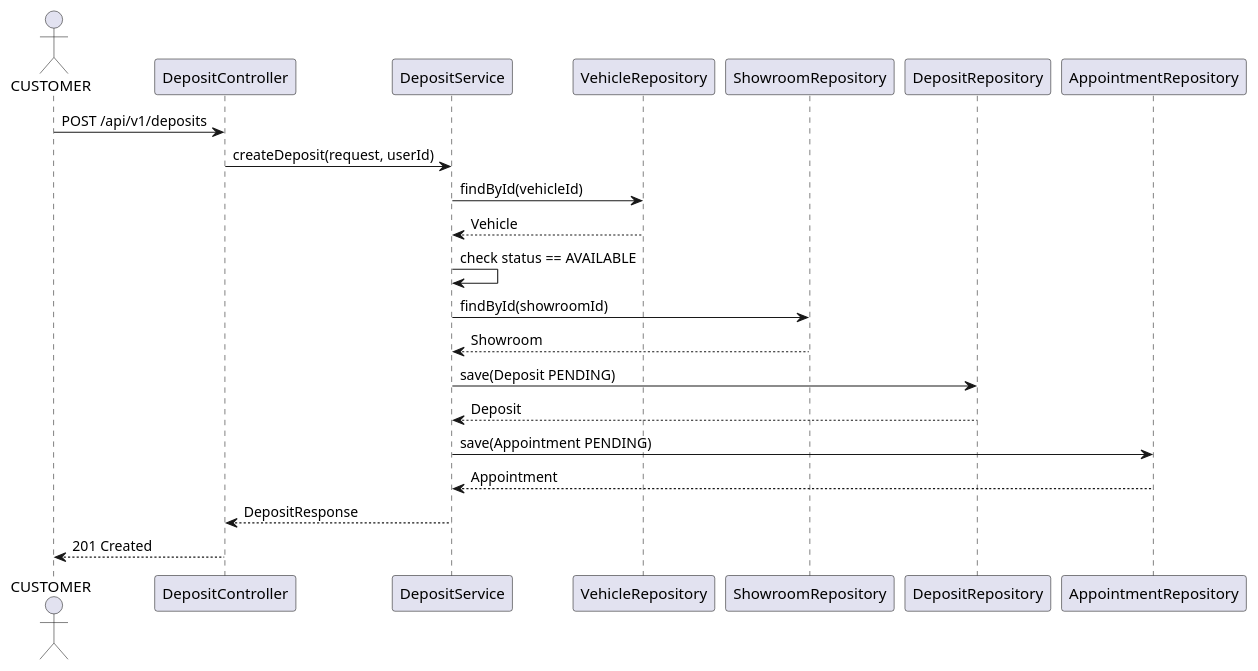
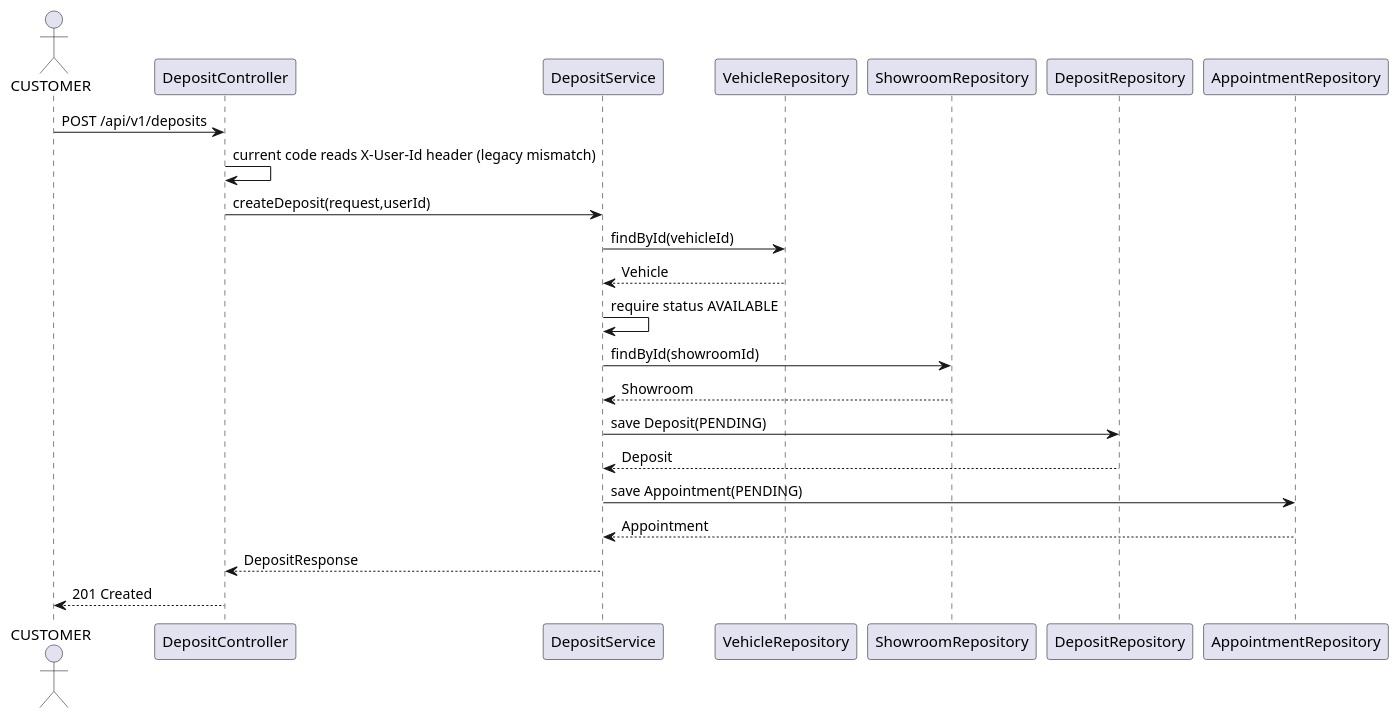
Before and after one commit to Trung-Khang/AutoTrade: the fifth of 9 diagrams in docs/UML/Sequence_Diagrams.md, drawn with PlantUML. The commit also changed other lines of this file and 9 other files, not shown here.

Commit message:
docs(TV5): cập nhật tài liệu UML, CSDL, SRS và báo cáo tiến độ TV5 - Sáng 1/10/2026

````diff
--- a/docs/UML/Sequence_Diagrams.md
+++ b/docs/UML/Sequence_Diagrams.md
@@ -95,25 +129,26 @@
 ```plantuml
 @startuml
 actor CUSTOMER
 participant "DepositController" as C
 participant "DepositService" as S
 participant "VehicleRepository" as VR
 participant "ShowroomRepository" as SR
 participant "DepositRepository" as DR
 participant "AppointmentRepository" as AR
 
 CUSTOMER -> C: POST /api/v1/deposits
-C -> S: createDeposit(request, userId)
+C -> C: current code reads X-User-Id header (legacy mismatch)
+C -> S: createDeposit(request,userId)
 S -> VR: findById(vehicleId)
 VR --> S: Vehicle
-S -> S: check status == AVAILABLE
+S -> S: require status AVAILABLE
 S -> SR: findById(showroomId)
 SR --> S: Showroom
-S -> DR: save(Deposit PENDING)
+S -> DR: save Deposit(PENDING)
 DR --> S: Deposit
-S -> AR: save(Appointment PENDING)
+S -> AR: save Appointment(PENDING)
 AR --> S: Appointment
 S --> C: DepositResponse
 C --> CUSTOMER: 201 Created
 @enduml
 ```
````
